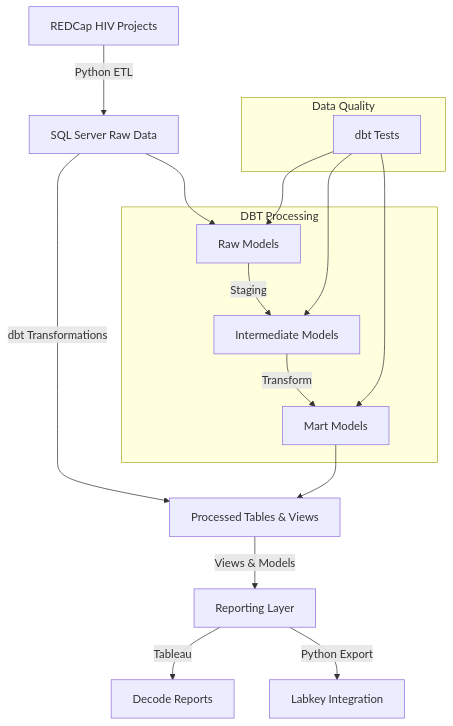
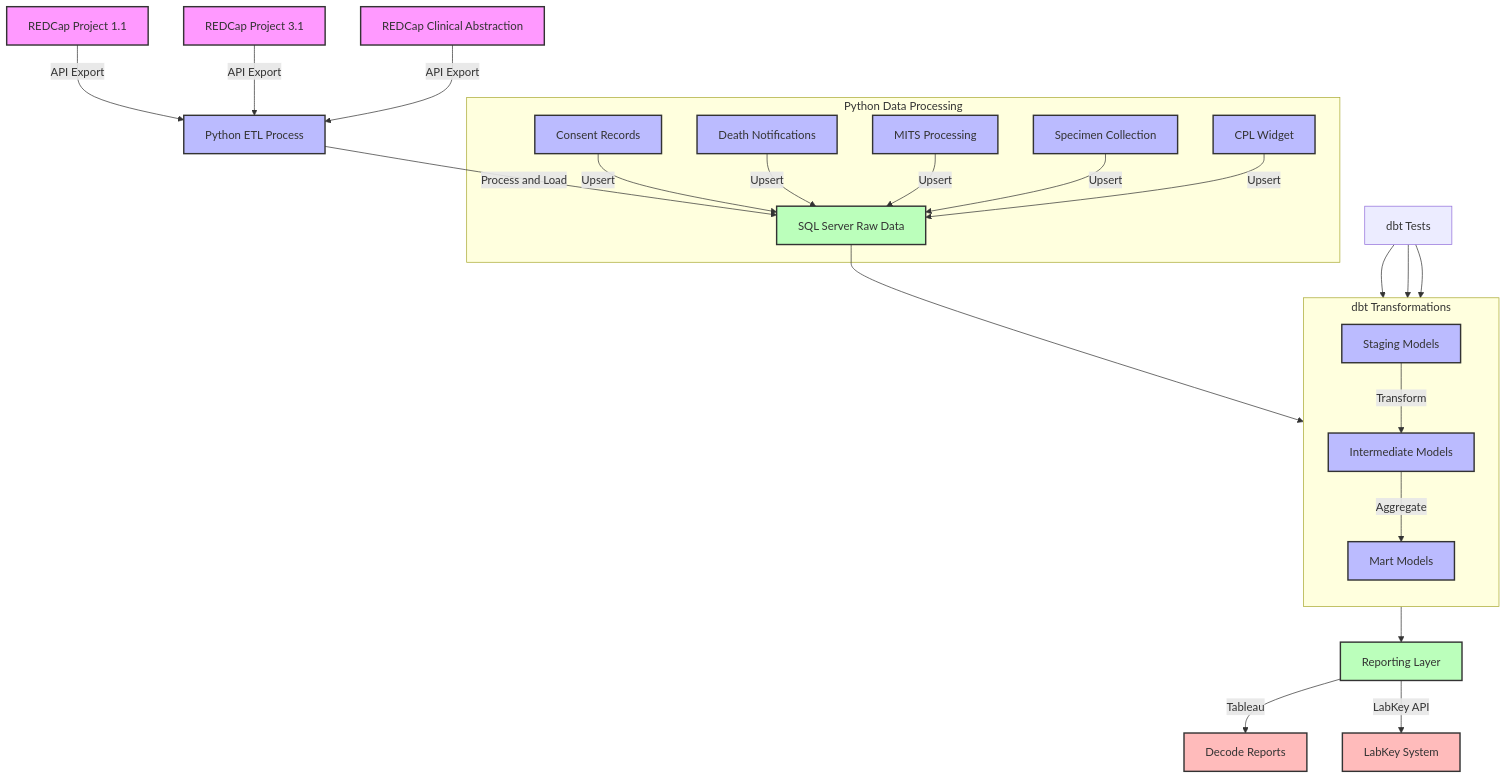
Before and after one commit to champshealth/hiv_project_etl: the diagram in README.md, drawn with Mermaid. The commit also changed other lines of this file and 4 other files, not shown here.

````diff
--- a/README.md
+++ b/README.md
@@ -147,22 +185,52 @@
 ```mermaid
 graph TD
-    A[REDCap HIV Projects] -->|Python ETL| B[SQL Server Raw Data]
-    B -->|dbt Transformations| C[Processed Tables & Views]
-    C -->|Views & Models| D[Reporting Layer]
-    D -->|Tableau| E[Decode Reports]
-    D -->|Python Export| F[Labkey Integration]
+    %% Data Sources
+    REDCAP11[REDCap Project 1.1] -->|API Export| PYTHON_ETL[Python ETL Process]
+    REDCAP31[REDCap Project 3.1] -->|API Export| PYTHON_ETL
+    REDCAP_CA[REDCap Clinical Abstraction] -->|API Export| PYTHON_ETL
     
-    subgraph DBT Processing
-    M1[Raw Models] -->|Staging| M2[Intermediate Models]
-    M2 -->|Transform| M3[Mart Models]
+    %% Python Processing
+    PYTHON_ETL -->|Process and Load| RAW_DB[SQL Server Raw Data]
+    
+    %% dbt Transformations
+    subgraph "dbt Transformations"
+        direction TB
+        STG[Staging Models] -->|Transform| INT[Intermediate Models]
+        INT -->|Aggregate| MART[Mart Models]
     end
     
-    B --> M1
-    M3 --> C
+    %% Data Flow
+    RAW_DB --> STG
+    MART --> REPORTING[Reporting Layer]
     
-    subgraph Data Quality
-    T1[dbt Tests] --> M1
-    T1 --> M2
-    T1 --> M3
+    %% Data Quality
+    DBT_TESTS[dbt Tests] --> STG
+    DBT_TESTS --> INT
+    DBT_TESTS --> MART
+    
+    %% Data Destinations
+    REPORTING -->|Tableau| DECODE_REPORTS[Decode Reports]
+    REPORTING -->|LabKey API| LABKEY[LabKey System]
+    
+    %% Additional Data Processing
+    subgraph "Python Data Processing"
+        CONSENT[Consent Records]
+        DEATH[Death Notifications]
+        MITS[MITS Processing]
+        SPECIMEN[Specimen Collection]
+        CPL[CPL Widget]
+        
+        CONSENT & DEATH & MITS & SPECIMEN & CPL -->|Upsert| RAW_DB
     end
+    
+    %% Styling
+    classDef source fill:#f9f,stroke:#333,stroke-width:2px;
+    classDef process fill:#bbf,stroke:#333,stroke-width:2px;
+    classDef storage fill:#bfb,stroke:#333,stroke-width:2px;
+    classDef destination fill:#fbb,stroke:#333,stroke-width:2px;
+    
+    class REDCAP11,REDCAP31,REDCAP_CA source;
+    class PYTHON_ETL,STG,INT,MART,CONSENT,DEATH,MITS,SPECIMEN,CPL process;
+    class RAW_DB,REPORTING storage;
+    class DECODE_REPORTS,LABKEY destination;
 ```
````
